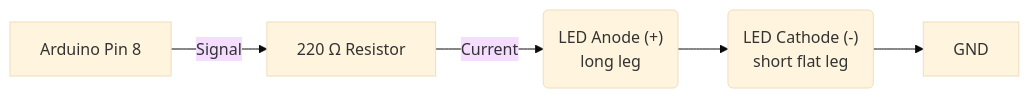
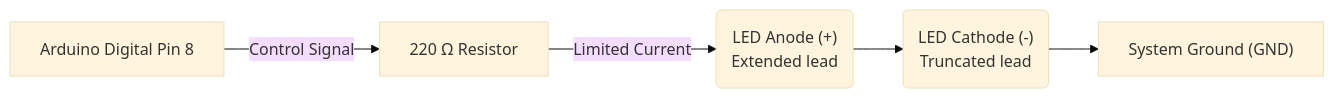
The third of 9 diagrams in src/content/docs/posts/intro-to-hardware/index.md (jithurx/learn), drawn with Mermaid (base theme) before and after one commit. The commit also changed other lines of this file, not shown here.

````diff
--- a/src/content/docs/posts/intro-to-hardware/index.md
+++ b/src/content/docs/posts/intro-to-hardware/index.md
@@ -145,7 +140,7 @@
 ```mermaid
 flowchart LR
-    A["Arduino Pin 8"] -->|Signal| R["220 Ω Resistor"]
-    R -->|Current| L_Anode("LED Anode (+)<br/>long leg")
-    L_Anode --> L_Cathode("LED Cathode (-)<br/>short flat leg")
-    L_Cathode --> GND["GND"]
+    A["Arduino Digital Pin 8"] -->|Control Signal| R["220 Ω Resistor"]
+    R -->|Limited Current| L_Anode("LED Anode (+)<br/>Extended lead")
+    L_Anode --> L_Cathode("LED Cathode (-)<br/>Truncated lead")
+    L_Cathode --> GND["System Ground (GND)"]
 ```
````
